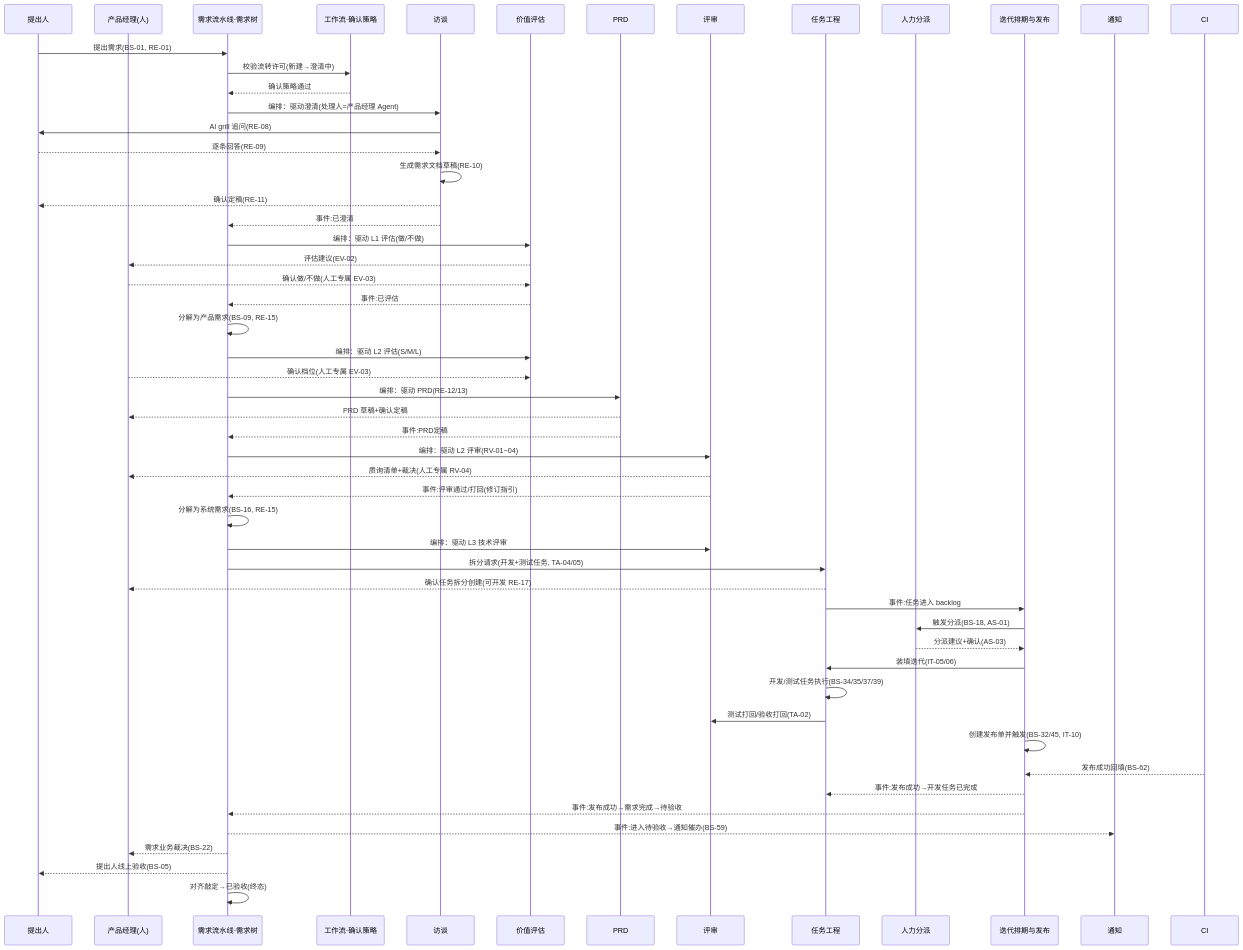
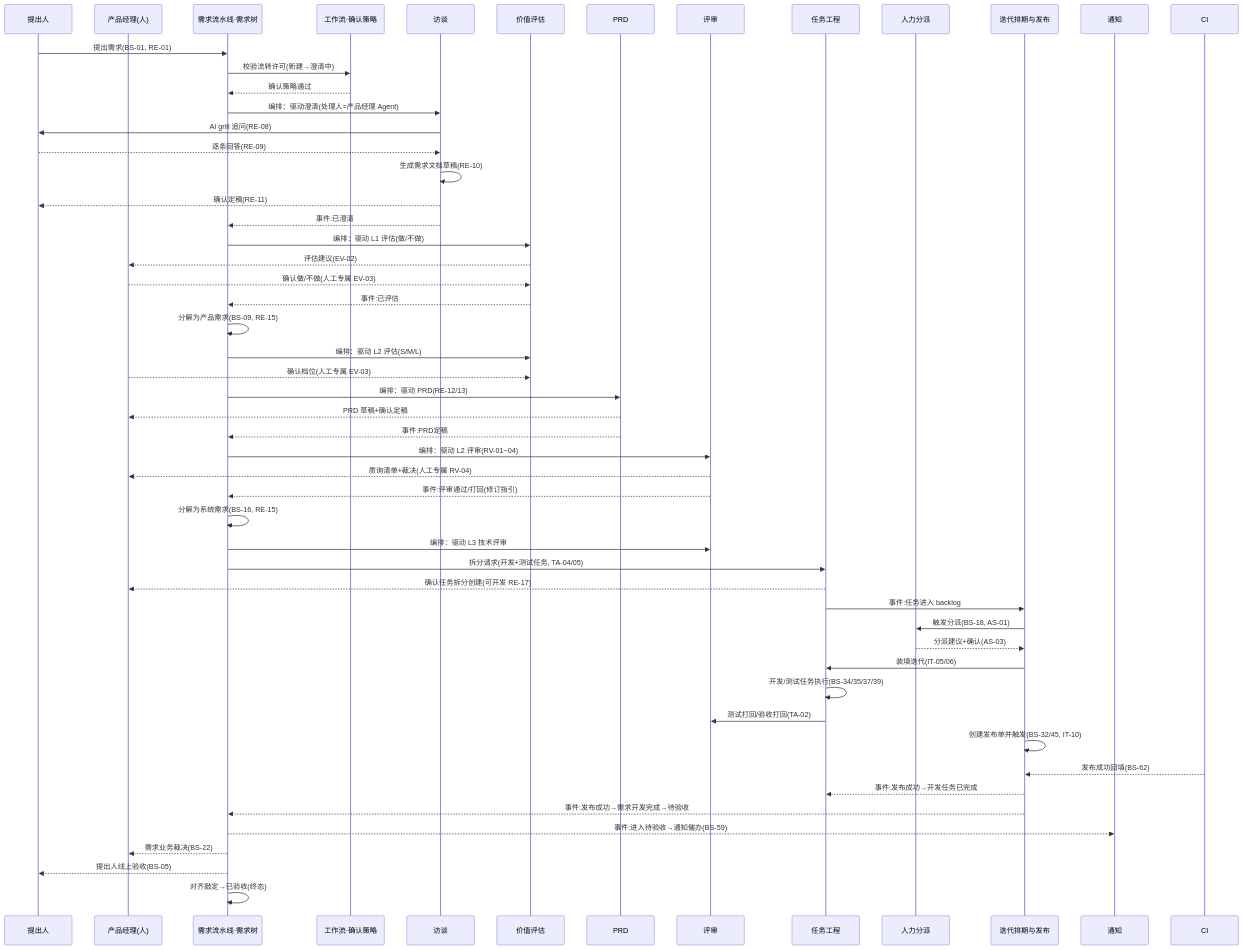
Before and after one commit to modoojunko/awesome-agentic-devops-platform: the fifth of 7 diagrams in docs/requirements/08-DDD领域划分与限界上下文.md, drawn with Mermaid. The commit also changed other lines of this file and 15 other files, not shown here.

First line of the commit message:
feat: PRD v0.13 六角色联合评审定稿修订 + agent 接入 diagram-design

````diff
--- a/docs/requirements/08-DDD领域划分与限界上下文.md
+++ b/docs/requirements/08-DDD领域划分与限界上下文.md
@@ -435,56 +435,56 @@
 ```mermaid
 sequenceDiagram
     participant R as 提出人
     participant PM as 产品经理(人)
     participant RT as 需求流水线·需求树
     participant WF as 工作流·确认策略
     participant IV as 访谈
     participant AS as 价值评估
     participant PR as PRD
     participant RW as 评审
     participant TK as 任务工程
     participant DS as 人力分派
     participant IP as 迭代排期与发布
     participant NF as 通知
 
     R->>RT: 提出需求(BS-01, RE-01)
     RT->>WF: 校验流转许可(新建→澄清中)
     WF-->>RT: 确认策略通过
     RT->>IV: 编排：驱动澄清(处理人=产品经理 Agent)
     IV->>R: AI grill 追问(RE-08)
     R-->>IV: 逐条回答(RE-09)
     IV->>IV: 生成需求文档草稿(RE-10)
     IV-->>R: 确认定稿(RE-11)
     IV-->>RT: 事件:已澄清
     RT->>AS: 编排：驱动 L1 评估(做/不做)
     AS-->>PM: 评估建议(EV-02)
     PM-->>AS: 确认做/不做(人工专属 EV-03)
     AS-->>RT: 事件:已评估
     RT->>RT: 分解为产品需求(BS-09, RE-15)
     RT->>AS: 编排：驱动 L2 评估(S/M/L)
     PM-->>AS: 确认档位(人工专属 EV-03)
     RT->>PR: 编排：驱动 PRD(RE-12/13)
     PR-->>PM: PRD 草稿+确认定稿
     PR-->>RT: 事件:PRD定稿
     RT->>RW: 编排：驱动 L2 评审(RV-01~04)
     RW-->>PM: 质询清单+裁决(人工专属 RV-04)
     RW-->>RT: 事件:评审通过/打回(修订指引)
     RT->>RT: 分解为系统需求(BS-16, RE-15)
     RT->>RW: 编排：驱动 L3 技术评审
     RT->>TK: 拆分请求(开发+测试任务, TA-04/05)
     TK-->>PM: 确认任务拆分创建(可开发 RE-17)
     TK->>IP: 事件:任务进入 backlog
     IP->>DS: 触发分派(BS-18, AS-01)
     DS-->>IP: 分派建议+确认(AS-03)
     IP->>TK: 装填迭代(IT-05/06)
     TK->>TK: 开发/测试任务执行(BS-34/35/37/39)
     TK->>RW: 测试打回/验收打回(TA-02)
     IP->>IP: 创建发布单并触发(BS-32/45, IT-10)
     CI -->> IP: 发布成功回填(BS-62)
     IP-->>TK: 事件:发布成功→开发任务已完成
-    IP-->>RT: 事件:发布成功→需求完成→待验收
+    IP-->>RT: 事件:发布成功→需求开发完成→待验收
     RT-->>NF: 事件:进入待验收→通知催办(BS-59)
     RT-->>PM: 需求业务裁决(BS-22)
     RT-->>R: 提出人线上验收(BS-05)
     RT->>RT: 对齐敲定→已验收(终态)
 ```
````
